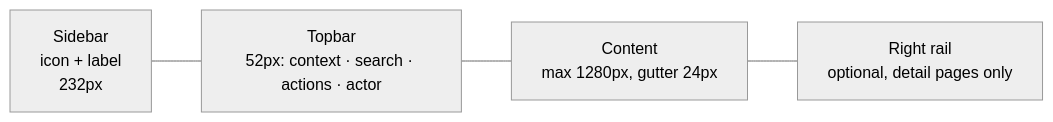
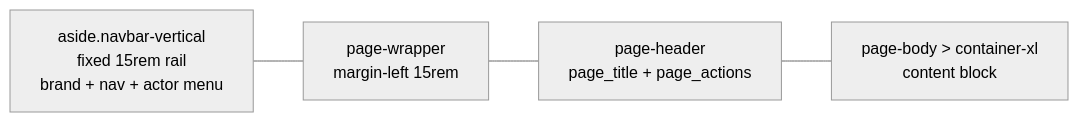
One commit to rubbieKelvin/twentytoo changed the diagram in brainstorms/01-ui-kit.md. Above: the diagram before and after it, drawn with Mermaid (neutral theme). The commit also changed other lines of this file and 40 other files, not shown here.

````diff
--- a/brainstorms/01-ui-kit.md
+++ b/brainstorms/01-ui-kit.md
@@ -243,6 +95,6 @@
 ```mermaid
 graph LR
-  S[Sidebar<br/>icon + label<br/>232px] --- T[Topbar<br/>52px: context · search · actions · actor]
-  T --- C[Content<br/>max 1280px, gutter 24px]
-  C --- R[Right rail<br/>optional, detail pages only]
+  A[aside.navbar-vertical<br/>fixed 15rem rail<br/>brand + nav + actor menu] --- B[page-wrapper<br/>margin-left 15rem]
+  B --- C[page-header<br/>page_title + page_actions]
+  C --- D[page-body > container-xl<br/>content block]
 ```
````
